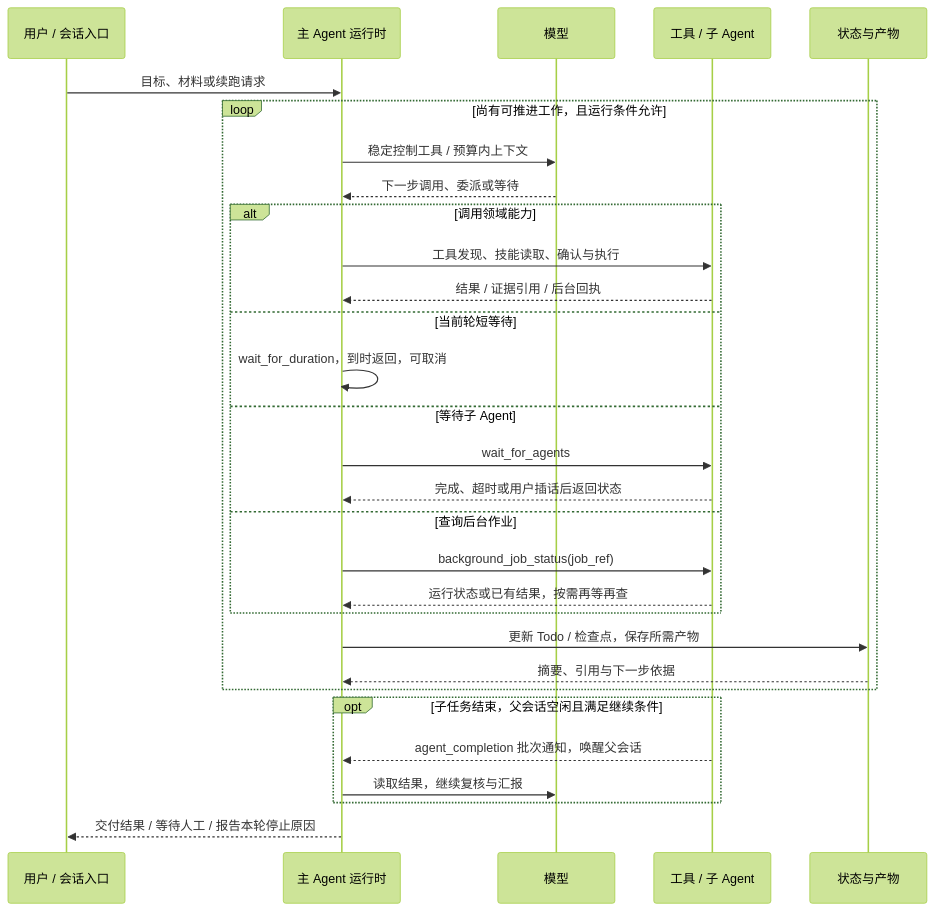
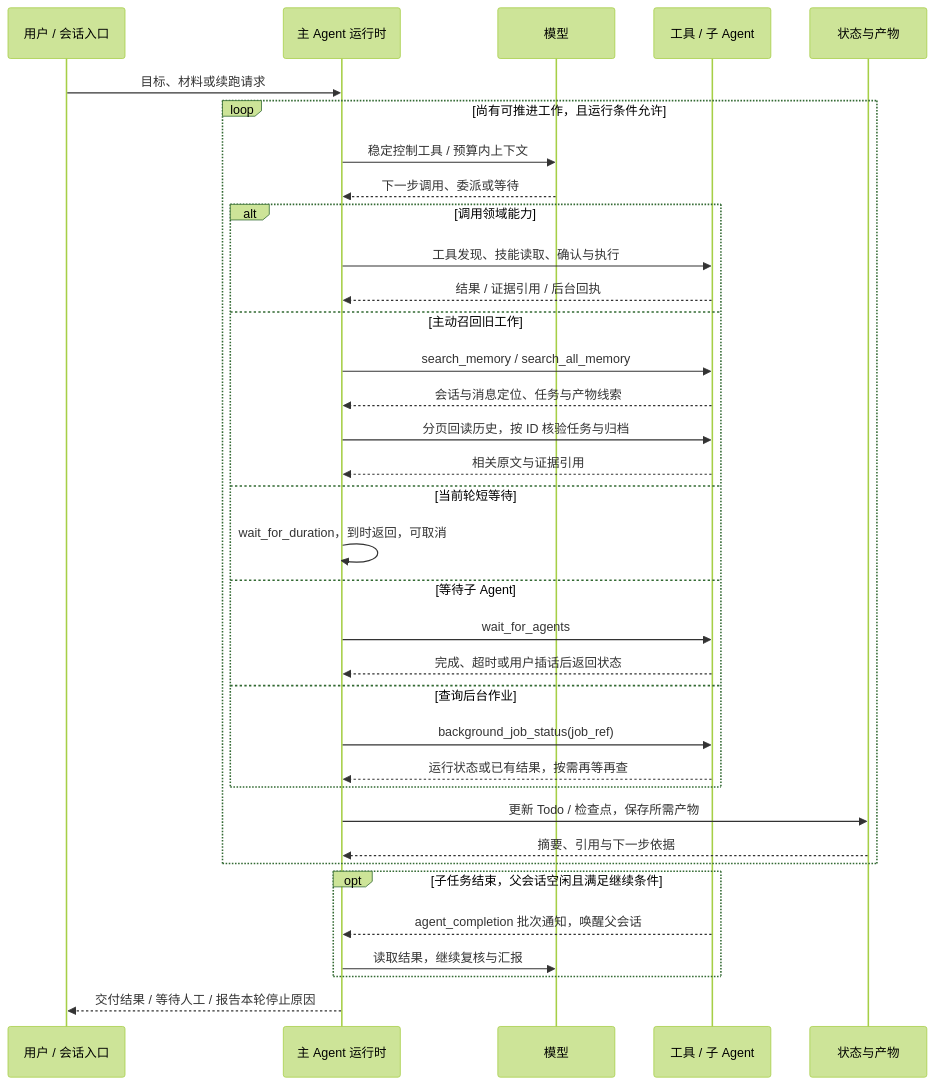
The second of 3 diagrams in README.md (HG-ha/Argusai), drawn with Mermaid (forest theme) before and after one commit. The commit also changed other lines of this file and 7 other files, not shown here.

````diff
--- a/README.md
+++ b/README.md
@@ -209,32 +215,37 @@
 ```mermaid
 sequenceDiagram
     participant U as 用户 / 会话入口
     participant A as 主 Agent 运行时
     participant M as 模型
     participant T as 工具 / 子 Agent
     participant S as 状态与产物
     U->>A: 目标、材料或续跑请求
     loop 尚有可推进工作，且运行条件允许
         A->>M: 稳定控制工具 / 预算内上下文
         M-->>A: 下一步调用、委派或等待
         alt 调用领域能力
             A->>T: 工具发现、技能读取、确认与执行
             T-->>A: 结果 / 证据引用 / 后台回执
+        else 主动召回旧工作
+            A->>T: search_memory / search_all_memory
+            T-->>A: 会话与消息定位、任务与产物线索
+            A->>T: 分页回读历史，按 ID 核验任务与归档
+            T-->>A: 相关原文与证据引用
         else 当前轮短等待
             A->>A: wait_for_duration，到时返回，可取消
         else 等待子 Agent
             A->>T: wait_for_agents
             T-->>A: 完成、超时或用户插话后返回状态
         else 查询后台作业
             A->>T: background_job_status(job_ref)
             T-->>A: 运行状态或已有结果，按需再等再查
         end
         A->>S: 更新 Todo / 检查点，保存所需产物
         S-->>A: 摘要、引用与下一步依据
     end
     opt 子任务结束，父会话空闲且满足继续条件
         T-->>A: agent_completion 批次通知，唤醒父会话
         A->>M: 读取结果，继续复核与汇报
     end
     A-->>U: 交付结果 / 等待人工 / 报告本轮停止原因
 ```
````
